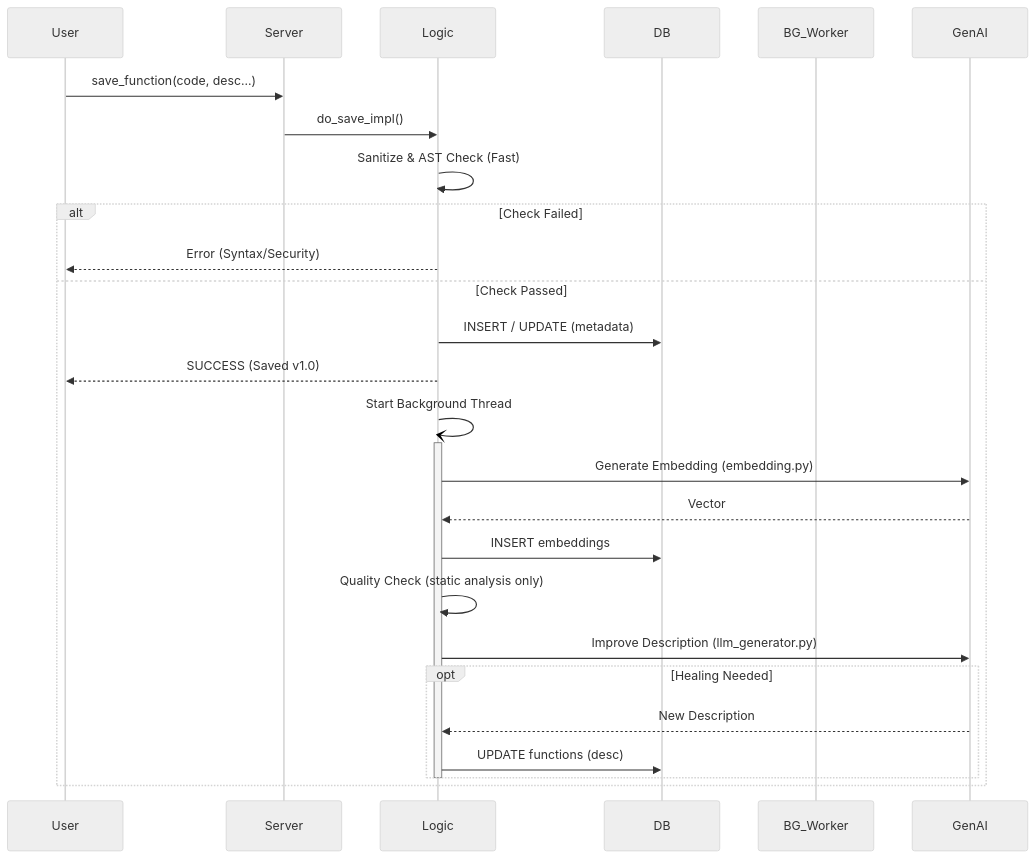
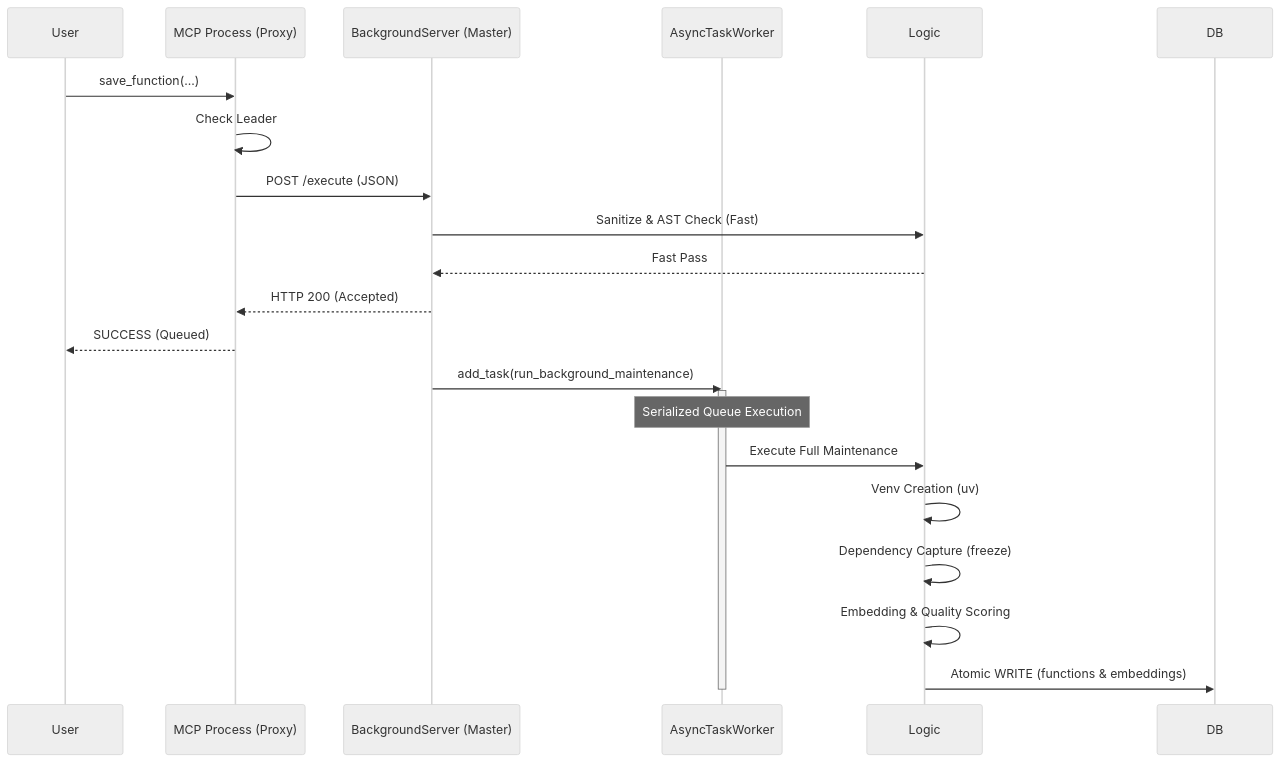
The third of 4 diagrams in docs/システム詳細設計書.md (Ayato-AI-for-Auto/function-store-mcp), drawn with Mermaid (neutral theme) before and after one commit. The commit also changed other lines of this file and 58 other files, not shown here.

````diff
--- a/docs/システム詳細設計書.md
+++ b/docs/システム詳細設計書.md
@@ -197,33 +192,28 @@
 ```mermaid
 sequenceDiagram
     participant User
-    participant Server
+    participant Proxy as MCP Process (Proxy)
+    participant Master as BackgroundServer (Master)
+    participant Worker as AsyncTaskWorker
     participant Logic
     participant DB
-    participant BG_Worker
-    participant GenAI
 
-    User->>Server: save_function(code, desc...)
-    Server->>Logic: do_save_impl()
-    Logic->>Logic: Sanitize & AST Check (Fast)
-    alt Check Failed
-        Logic-->>User: Error (Syntax/Security)
-    else Check Passed
-        Logic->>DB: INSERT / UPDATE (metadata)
-        Logic-->>User: SUCCESS (Saved v1.0)
-        
-        Logic-)Logic: Start Background Thread
-        activate Logic
-        Logic->>GenAI: Generate Embedding (embedding.py)
-        GenAI-->>Logic: Vector
-        Logic->>DB: INSERT embeddings
-        
-        Logic->>Logic: Quality Check (static analysis only)
-        Logic->>GenAI: Improve Description (llm_generator.py)
-        opt Healing Needed
-            GenAI-->>Logic: New Description
-            Logic->>DB: UPDATE functions (desc)
-        end
-        deactivate Logic
-    end
+    User->>Proxy: save_function(...)
+    Proxy->>Proxy: Check Leader
+    Proxy->>Master: POST /execute (JSON)
+    
+    Master->>Logic: Sanitize & AST Check (Fast)
+    Logic-->>Master: Fast Pass
+    Master-->>Proxy: HTTP 200 (Accepted)
+    Proxy-->>User: SUCCESS (Queued)
+    
+    Master->>Worker: add_task(run_background_maintenance)
+    activate Worker
+    Note over Worker: Serialized Queue Execution
+    Worker->>Logic: Execute Full Maintenance
+    Logic->>Logic: Venv Creation (uv)
+    Logic->>Logic: Dependency Capture (freeze)
+    Logic->>Logic: Embedding & Quality Scoring
+    Logic->>DB: Atomic WRITE (functions & embeddings)
+    deactivate Worker
 ```
````
